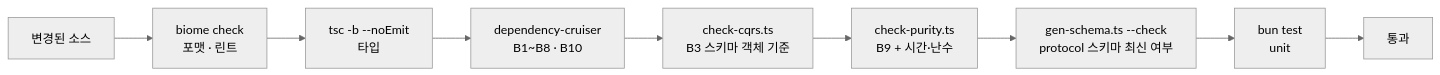
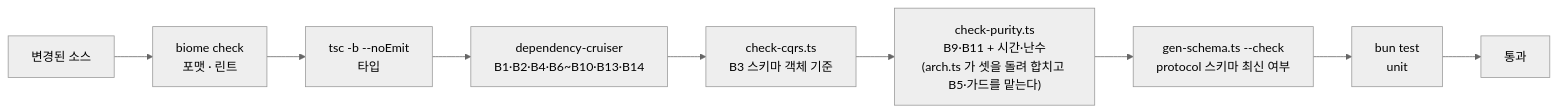
The second of 5 diagrams in docs/design/01-repository-structure.md (1985jwlee/portpolio_backend), drawn with Mermaid (neutral theme) before and after one commit. The commit also changed other lines of this file and 123 other files, not shown here.

First line of the commit message:
feat: S1-5 경계 검사(arch)를 추가한다 — dependency-cruiser(swc)·check-cqrs·check-purity

````diff
--- a/docs/design/01-repository-structure.md
+++ b/docs/design/01-repository-structure.md
@@ -193,11 +223,11 @@
 ```mermaid
 flowchart LR
     SRC["변경된 소스"] --> BIO["biome check<br/>포맷 · 린트"]
     BIO --> TSC["tsc -b --noEmit<br/>타입"]
-    TSC --> DC["dependency-cruiser<br/>B1~B8 · B10"]
+    TSC --> DC["dependency-cruiser<br/>B1·B2·B4·B6~B10·B13·B14"]
     DC --> CQ["check-cqrs.ts<br/>B3 스키마 객체 기준"]
-    CQ --> PUR["check-purity.ts<br/>B9 + 시간·난수"]
+    CQ --> PUR["check-purity.ts<br/>B9·B11 + 시간·난수<br/>(arch.ts 가 셋을 돌려 합치고 B5·가드를 맡는다)"]
     PUR --> GEN["gen-schema.ts --check<br/>protocol 스키마 최신 여부"]
     GEN --> TST["bun test<br/>unit"]
     TST --> OK["통과"]
 ```
````
